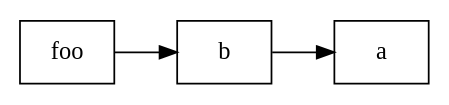
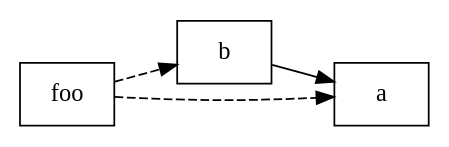
The diagram in src/sbt-test/spec/works/projects-graph.dot (dwijnand/sbt-project-graph), drawn with Graphviz before and after one commit. The commit also changed 6 other files, not shown here.

```diff
--- a/src/sbt-test/spec/works/projects-graph.dot
+++ b/src/sbt-test/spec/works/projects-graph.dot
@@ -1,14 +1,15 @@
 digraph "projects-graph" {
     graph[rankdir="LR"]
     node [
         shape="record"
     ]
     edge [
         arrowtail="none"
     ]
     "foo"[label=<foo>]
     "b"[label=<b>]
     "a"[label=<a>]
-    "b" -> "a"
-    "foo" -> "b"
+    "b" -> "a" [style=solid]
+    "foo" -> "a" [style=dashed]
+    "foo" -> "b" [style=dashed]
 }
```
